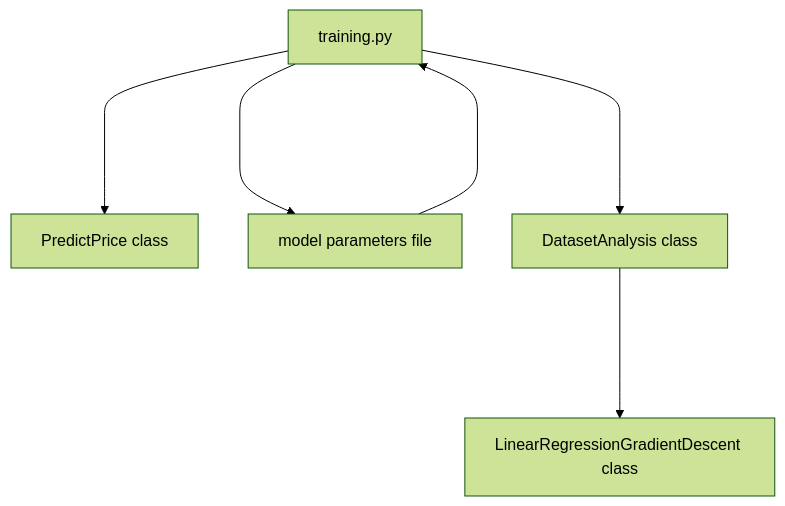
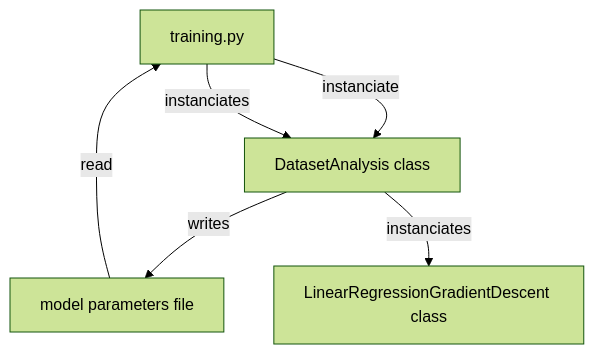
One commit to shameleon/ft_linear_regression changed the diagram in README.md. Above: the diagram before and after it, drawn with Mermaid (forest theme). The commit also changed other lines of this file and 2 other files, not shown here.

````diff
--- a/README.md
+++ b/README.md
@@ -61,9 +85,8 @@
 ```mermaid
-  graph TD;
-      A[predict.py]---->B[PredictPrice class];
-      C[model parameters file]---->A[predict.py];
-      A[training.py]---->C[model parameters file];
-      A[training.py]---->D[CarPriceDatasetAnalysis class];
-      D[DatasetAnalysis class]---->E[LinearRegressionGradientDescent class];
-      
+graph TD;
+    A[predict.py]--instanciate-->D[DatasetAnalysis class];
+    C[model parameters file]--read-->A[predict.py];
+    A[training.py]--instanciates-->D[CarPriceDatasetAnalysis class];
+    D[DatasetAnalysis class]--writes-->C[model parameters file];
+    D[DatasetAnalysis class]--instanciates-->E[LinearRegressionGradientDescent class];
 ```
````
